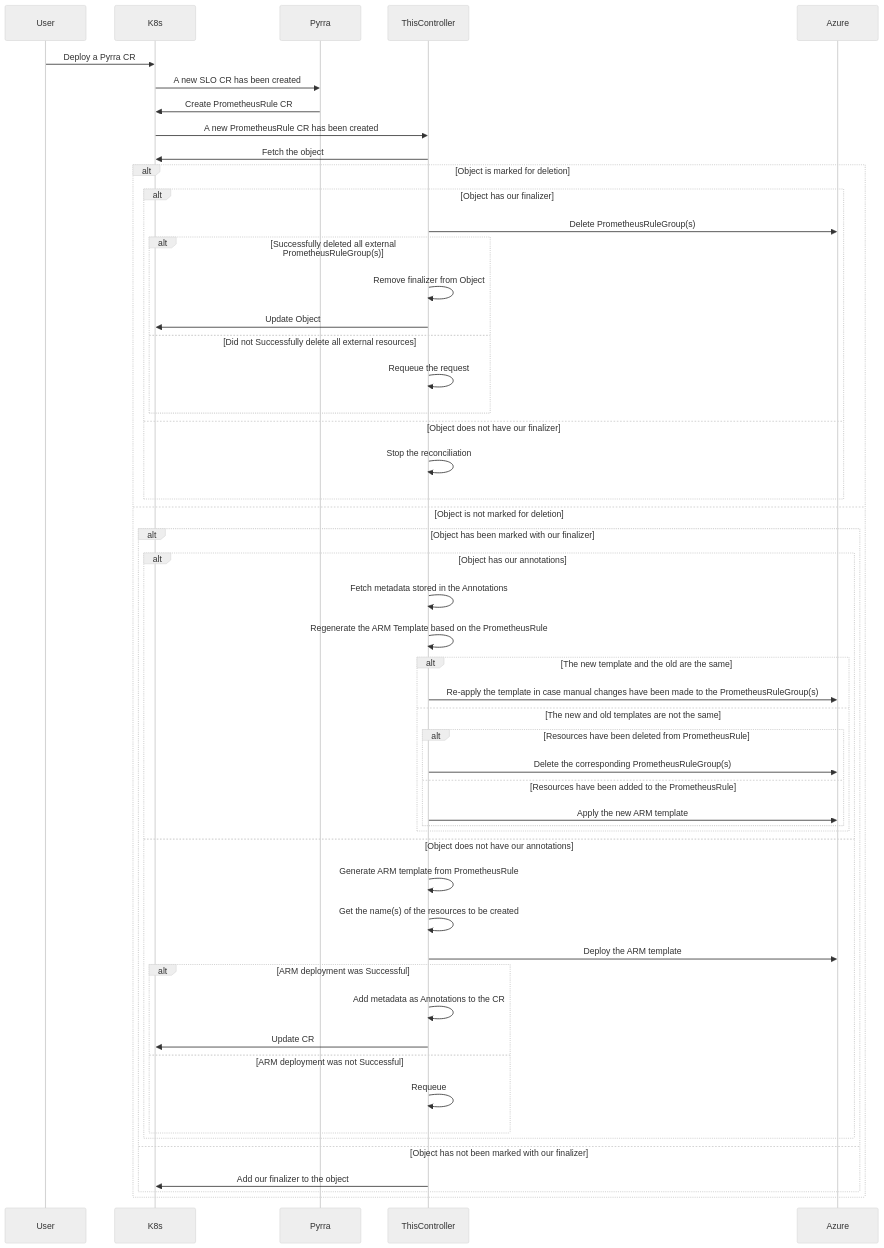
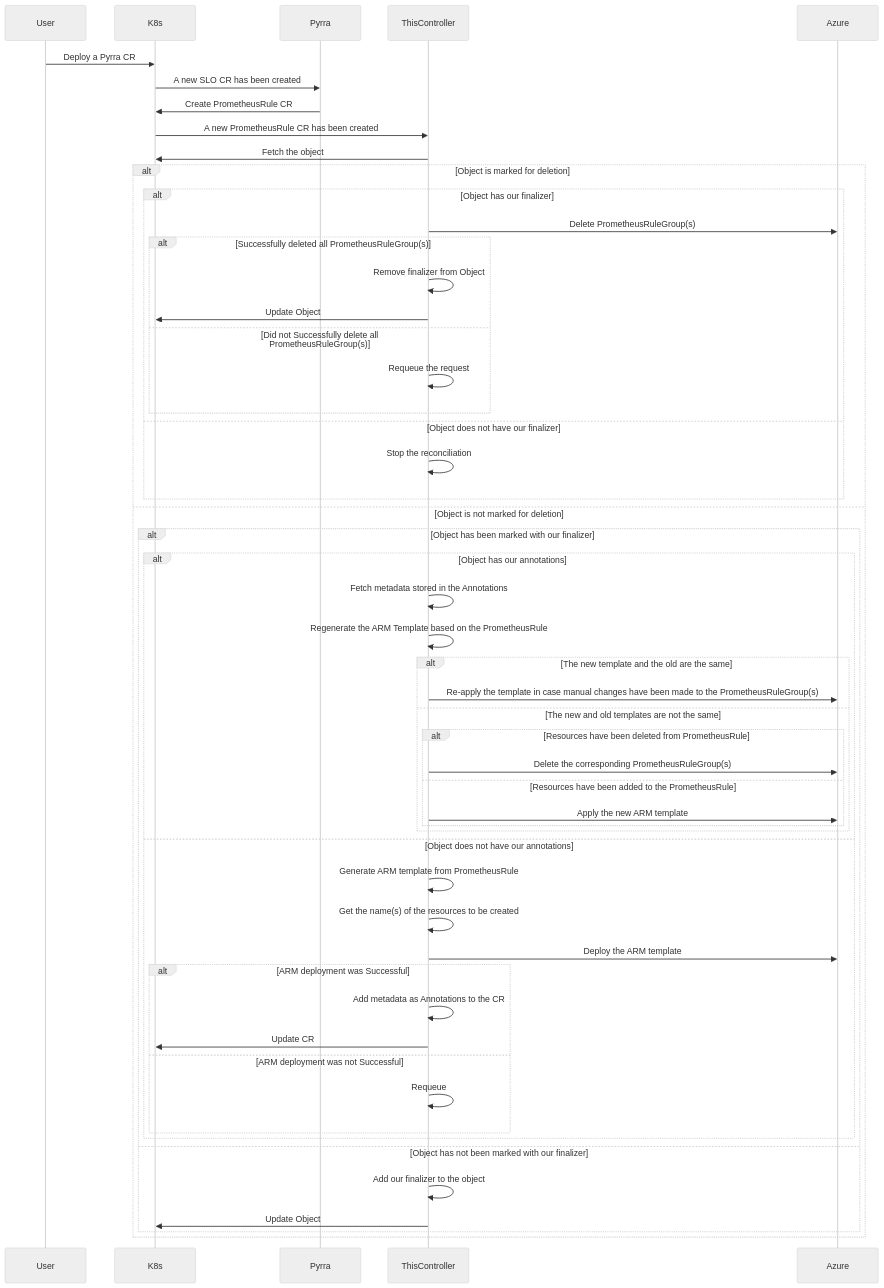
One commit to Altinn/altinn-platform changed the diagram in services/promrule-to-azpromrulegroup/README.md. Above: the diagram before and after it, drawn with Mermaid (neutral theme).

Commit message:
minor tweaks to diagram

````diff
--- a/services/promrule-to-azpromrulegroup/README.md
+++ b/services/promrule-to-azpromrulegroup/README.md
@@ -4,55 +4,56 @@
 ```mermaid
     sequenceDiagram
     participant User
     participant K8s
     participant Pyrra
     participant ThisController
     participant Azure
     User->>K8s: Deploy a Pyrra CR
     K8s->>Pyrra: A new SLO CR has been created
     Pyrra->>K8s: Create PrometheusRule CR
     K8s ->> ThisController: A new PrometheusRule CR has been created
     ThisController ->> K8s: Fetch the object
 
     alt Object is marked for deletion
         alt Object has our finalizer
             ThisController->> Azure: Delete PrometheusRuleGroup(s)
-            alt Successfully deleted all external PrometheusRuleGroup(s)
+            alt Successfully deleted all PrometheusRuleGroup(s)
                 ThisController->> ThisController: Remove finalizer from Object
                 ThisController->> K8s: Update Object
-            else Did not Successfully delete all external resources
+            else Did not Successfully delete all PrometheusRuleGroup(s)
                 ThisController->> ThisController: Requeue the request
             end
         else Object does not have our finalizer
             ThisController->> ThisController: Stop the reconciliation
         end
     else Object is not marked for deletion
         alt Object has been marked with our finalizer
             alt Object has our annotations
                 ThisController->> ThisController: Fetch metadata stored in the Annotations
                 ThisController->> ThisController: Regenerate the ARM Template based on the PrometheusRule
                 alt The new template and the old are the same
                     ThisController->> Azure: Re-apply the template in case manual changes have been made to the PrometheusRuleGroup(s)
                 else The new and old templates are not the same
                     alt Resources have been deleted from PrometheusRule
                         ThisController->> Azure: Delete the corresponding PrometheusRuleGroup(s)
                     else Resources have been added to the PrometheusRule
                         ThisController->> Azure: Apply the new ARM template
                     end
                 end
             else Object does not have our annotations
                 ThisController ->> ThisController: Generate ARM template from PrometheusRule
                 ThisController ->> ThisController: Get the name(s) of the resources to be created
                 ThisController ->> Azure: Deploy the ARM template
                 alt ARM deployment was Successful
                     ThisController->> ThisController: Add metadata as Annotations to the CR
                     ThisController->> K8s: Update CR
                 else ARM deployment was not Successful
                     ThisController->>ThisController: Requeue
                 end
             end
         else Object has not been marked with our finalizer
-            ThisController ->> K8s: Add our finalizer to the object
+            ThisController ->> ThisController: Add our finalizer to the object
+            ThisController ->> K8s: Update Object
         end
     end
 ```
````
